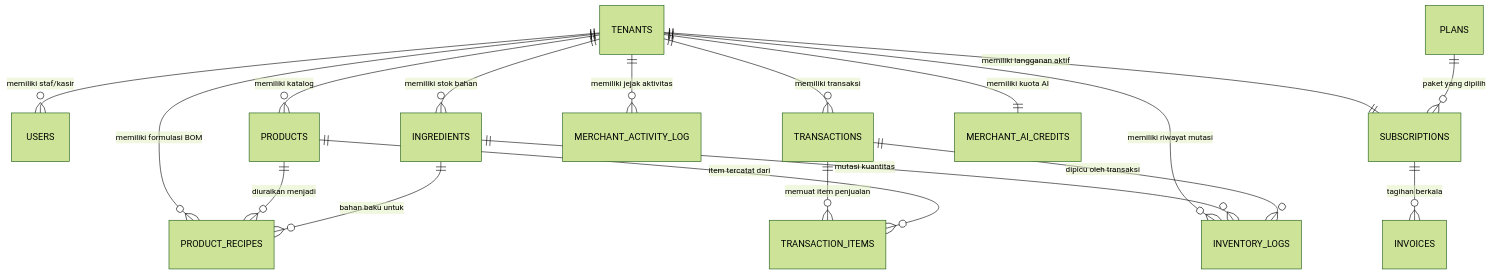
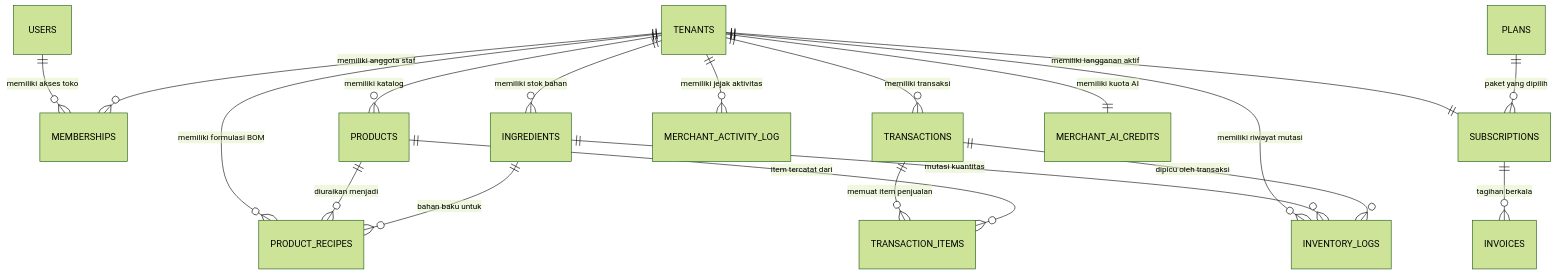
One commit to slaks37/kasir-newhope changed the first of 3 diagrams in Dokumentasi.md. Above: the diagram before and after it, drawn with Mermaid (forest theme). The commit also changed other lines of this file and 3 other files, not shown here.

Commit message:
feat(identity): decouple users from POS domain into centralized internal.users and multi-tenant internal.memberships

````diff
--- a/Dokumentasi.md
+++ b/Dokumentasi.md
@@ -77,21 +80,22 @@
 ```mermaid
 erDiagram
-    TENANTS ||--o{ USERS : "memiliki staf/kasir"
+    USERS ||--o{ MEMBERSHIPS : "memiliki akses toko"
+    TENANTS ||--o{ MEMBERSHIPS : "memiliki anggota staf"
     TENANTS ||--o{ PRODUCTS : "memiliki katalog"
     TENANTS ||--o{ INGREDIENTS : "memiliki stok bahan"
     TENANTS ||--o{ PRODUCT_RECIPES : "memiliki formulasi BOM"
     TENANTS ||--o{ TRANSACTIONS : "memiliki transaksi"
     TENANTS ||--o{ INVENTORY_LOGS : "memiliki riwayat mutasi"
     TENANTS ||--o{ MERCHANT_ACTIVITY_LOG : "memiliki jejak aktivitas"
     TENANTS ||--|| SUBSCRIPTIONS : "memiliki langganan aktif"
     TENANTS ||--|| MERCHANT_AI_CREDITS : "memiliki kuota AI"
 
     PRODUCTS ||--o{ PRODUCT_RECIPES : "diuraikan menjadi"
     INGREDIENTS ||--o{ PRODUCT_RECIPES : "bahan baku untuk"
     TRANSACTIONS ||--o{ TRANSACTION_ITEMS : "memuat item penjualan"
     PRODUCTS ||--o{ TRANSACTION_ITEMS : "item tercatat dari"
     INGREDIENTS ||--o{ INVENTORY_LOGS : "mutasi kuantitas"
     TRANSACTIONS ||--o{ INVENTORY_LOGS : "dipicu oleh transaksi"
     PLANS ||--o{ SUBSCRIPTIONS : "paket yang dipilih"
     SUBSCRIPTIONS ||--o{ INVOICES : "tagihan berkala"
 ```
````
